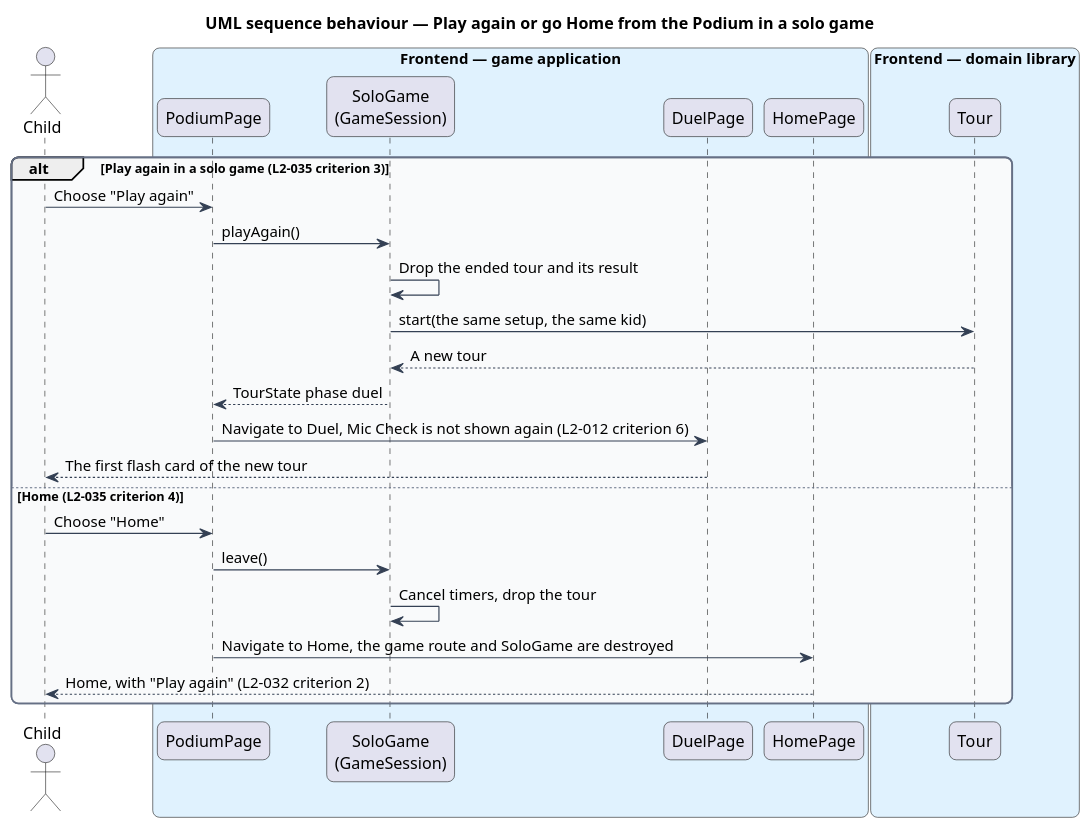
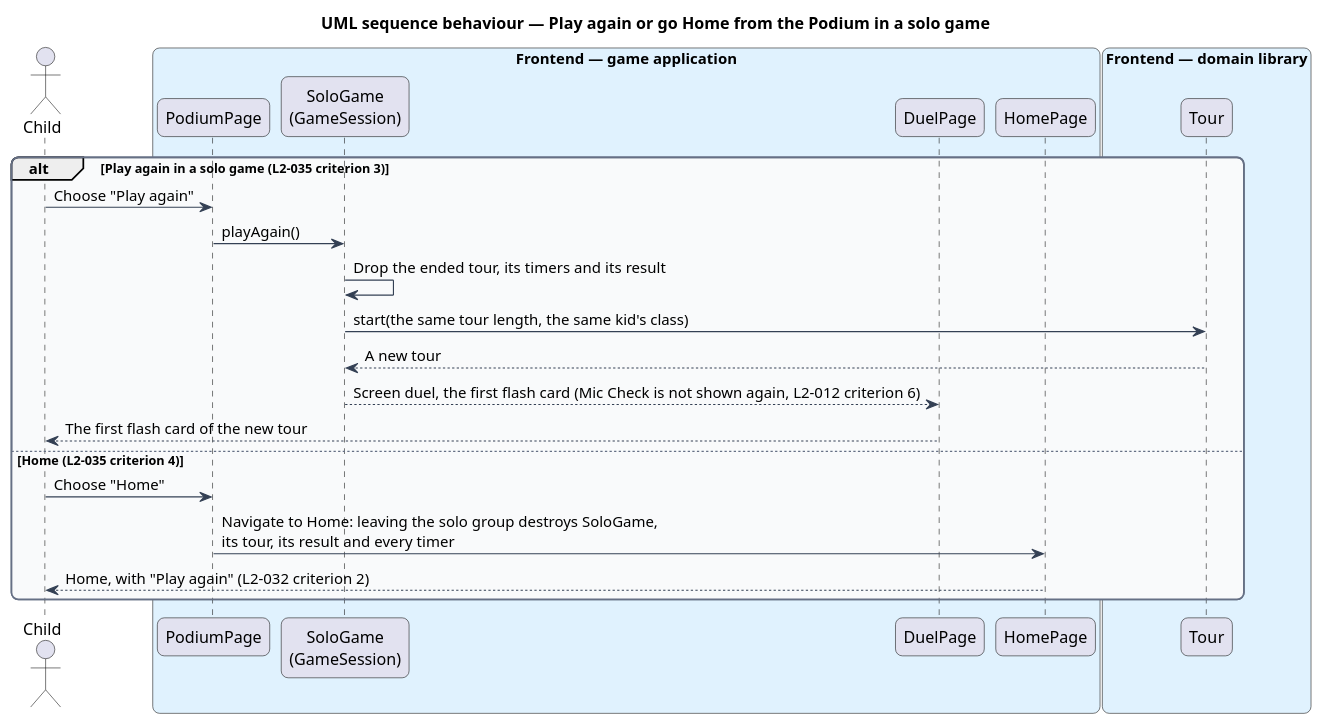
Before and after one commit to QuinntyneBrown/around-the-world: the diagram in docs/detailed-designs/tour/end-tour/diagrams/sequence-leave-podium.puml, drawn with PlantUML. The commit also changed 13 other files, not shown here.

First line of the commit message:
Settle how a tour ends: time limit, places, first stamp, headline and Play again

```diff
--- a/docs/detailed-designs/tour/end-tour/diagrams/sequence-leave-podium.puml
+++ b/docs/detailed-designs/tour/end-tour/diagrams/sequence-leave-podium.puml
@@ -1,43 +1,40 @@
 @startuml
 title UML sequence behaviour — Play again or go Home from the Podium in a solo game
 skinparam backgroundColor #FFFFFF
 skinparam shadowing false
 skinparam roundcorner 12
 skinparam defaultFontName Arial
 skinparam ArrowColor #344054
 skinparam rectangle {
   BorderColor #344054
   FontColor #101828
 }
 skinparam package {
   BorderColor #667085
   FontColor #101828
   BackgroundColor #F9FAFB
 }
 actor "Child" as child
 box "Frontend — game application" #E0F2FE
   participant "PodiumPage" as page
   participant "SoloGame\n(GameSession)" as solo
   participant "DuelPage" as duel
   participant "HomePage" as home
 end box
 box "Frontend — domain library" #E0F2FE
   participant "Tour" as tour
 end box
 alt Play again in a solo game (L2-035 criterion 3)
   child -> page : Choose "Play again"
   page -> solo : playAgain()
-  solo -> solo : Drop the ended tour and its result
-  solo -> tour : start(the same setup, the same kid)
+  solo -> solo : Drop the ended tour, its timers and its result
+  solo -> tour : start(the same tour length, the same kid's class)
   tour --> solo : A new tour
-  solo --> page : TourState phase duel
-  page -> duel : Navigate to Duel, Mic Check is not shown again (L2-012 criterion 6)
+  solo --> duel : Screen duel, the first flash card (Mic Check is not shown again, L2-012 criterion 6)
   duel --> child : The first flash card of the new tour
 else Home (L2-035 criterion 4)
   child -> page : Choose "Home"
-  page -> solo : leave()
-  solo -> solo : Cancel timers, drop the tour
-  page -> home : Navigate to Home, the game route and SoloGame are destroyed
+  page -> home : Navigate to Home: leaving the solo group destroys SoloGame,\nits tour, its result and every timer
   home --> child : Home, with "Play again" (L2-032 criterion 2)
 end
 @enduml
```
